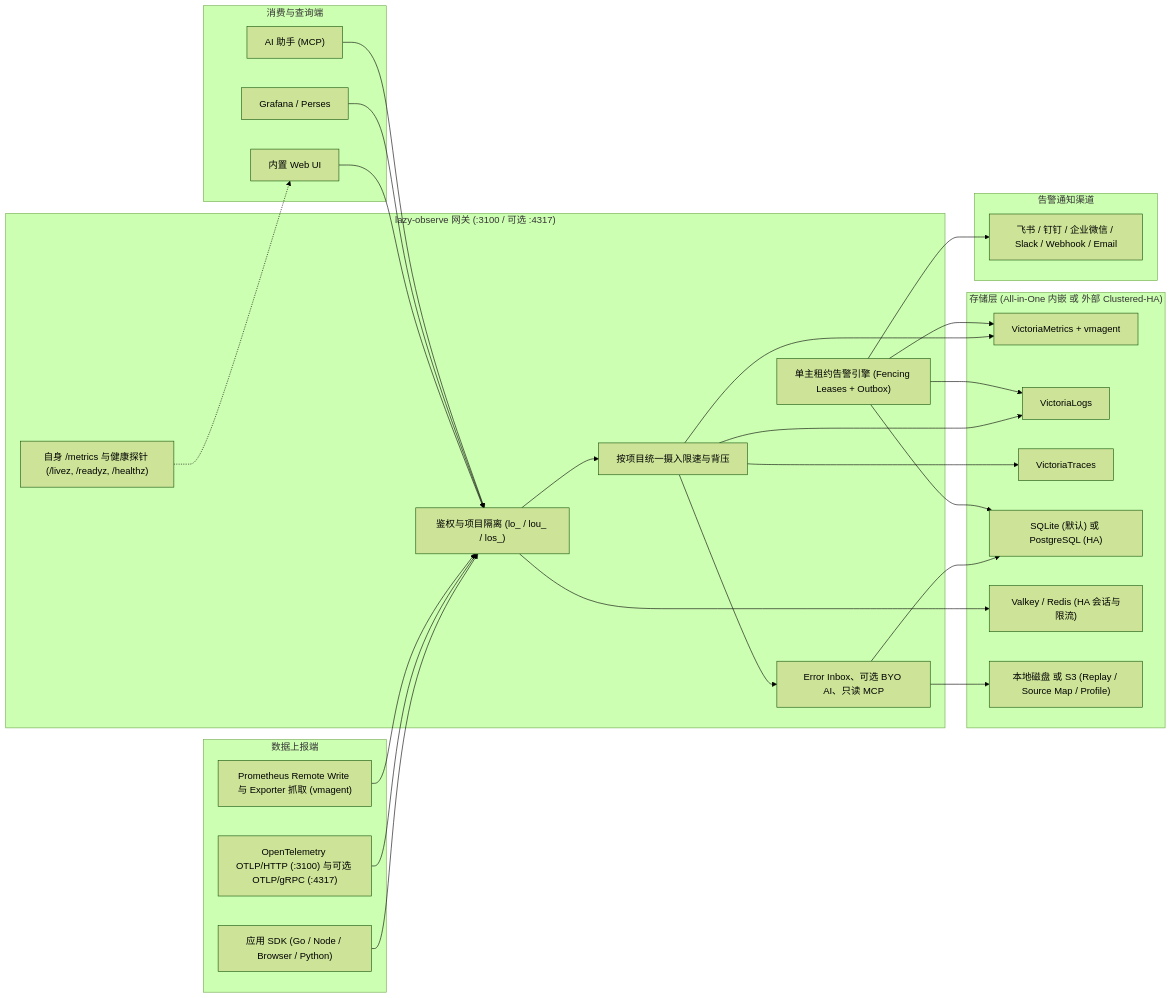
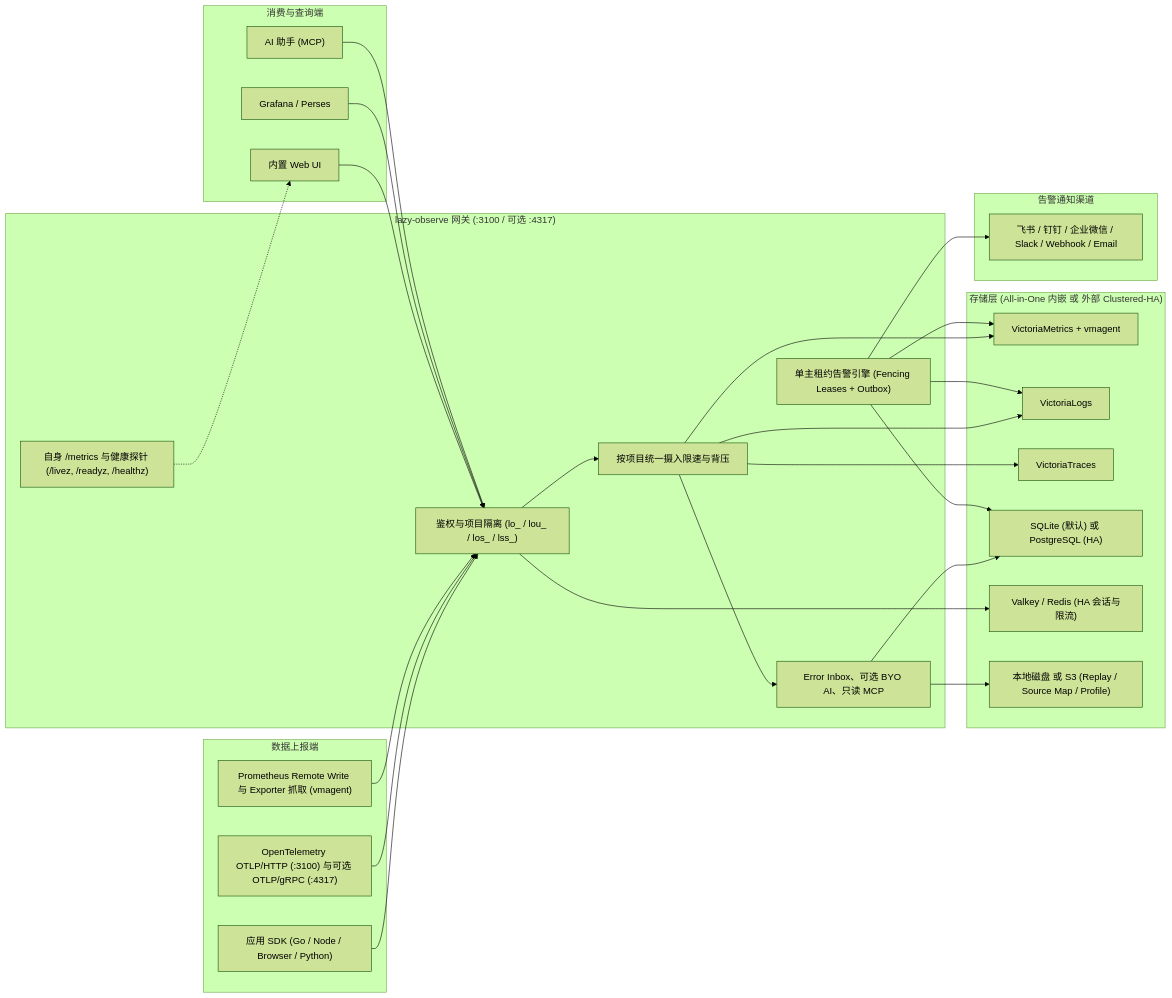
One commit to eimsound/lazy-observe changed the diagram in README.zh-CN.md. Above: the diagram before and after it, drawn with Mermaid (forest theme). The commit also changed other lines of this file and 16 other files, not shown here.

````diff
--- a/README.zh-CN.md
+++ b/README.zh-CN.md
@@ -13,55 +11,55 @@
 ```mermaid
 flowchart LR
   subgraph Producers["数据上报端"]
     SDK["应用 SDK (Go / Node / Browser / Python)"]
     OTLP["OpenTelemetry OTLP/HTTP (:3100) 与可选 OTLP/gRPC (:4317)"]
     PROM["Prometheus Remote Write 与 Exporter 抓取 (vmagent)"]
   end
 
   subgraph Gateway["lazy-observe 网关 (:3100 / 可选 :4317)"]
-    AUTH["鉴权与项目隔离 (lo_ / lou_ / los_)"]
+    AUTH["鉴权与项目隔离 (lo_ / lou_ / los_ / lss_)"]
     LIMIT["按项目统一摄入限速与背压"]
     SELF["自身 /metrics 与健康探针 (/livez, /readyz, /healthz)"]
     ALERT["单主租约告警引擎 (Fencing Leases + Outbox)"]
     INBOX["Error Inbox、可选 BYO AI、只读 MCP"]
   end
 
   subgraph Notify["告警通知渠道"]
     IM["飞书 / 钉钉 / 企业微信 / Slack / Webhook / Email"]
   end
 
   subgraph Storage["存储层 (All-in-One 内嵌 或 外部 Clustered-HA)"]
     VM["VictoriaMetrics + vmagent"]
     VL["VictoriaLogs"]
     VT["VictoriaTraces"]
     META["SQLite (默认) 或 PostgreSQL (HA)"]
     CACHE["Valkey / Redis (HA 会话与限流)"]
     BLOB["本地磁盘 或 S3 (Replay / Source Map / Profile)"]
   end
 
   subgraph Consumers["消费与查询端"]
     UI["内置 Web UI"]
     DASH["Grafana / Perses"]
     MCP["AI 助手 (MCP)"]
   end
 
   SDK --> AUTH
   OTLP --> AUTH
   PROM --> AUTH
   AUTH --> LIMIT
   LIMIT --> VM
   LIMIT --> VL
   LIMIT --> VT
   LIMIT --> INBOX
   INBOX --> META
   INBOX --> BLOB
   ALERT --> META
   ALERT --> VM
   ALERT --> VL
   ALERT --> IM
   AUTH --> CACHE
   SELF -.-> UI
   UI --> AUTH
   DASH --> AUTH
   MCP --> AUTH
 ```
````
